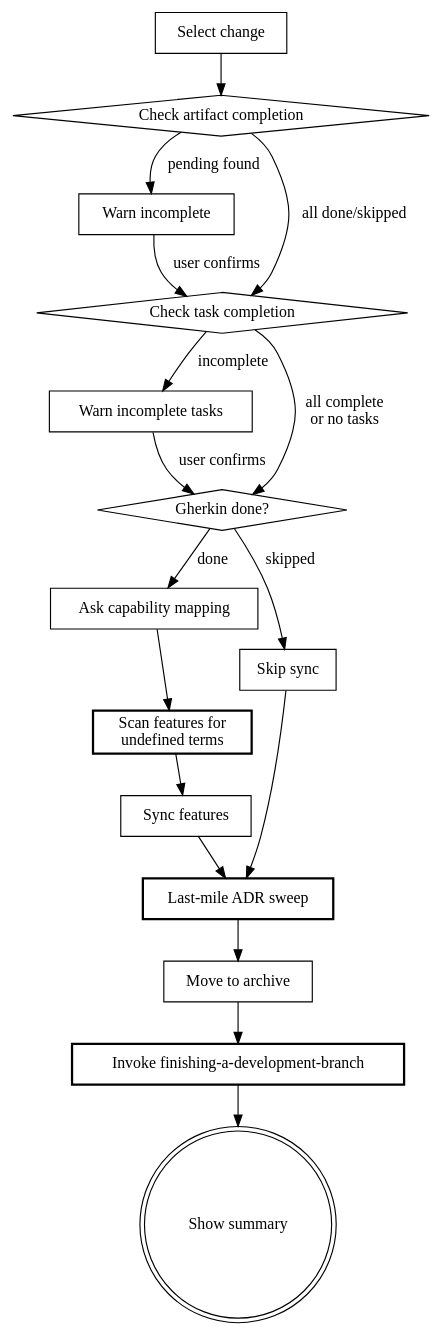
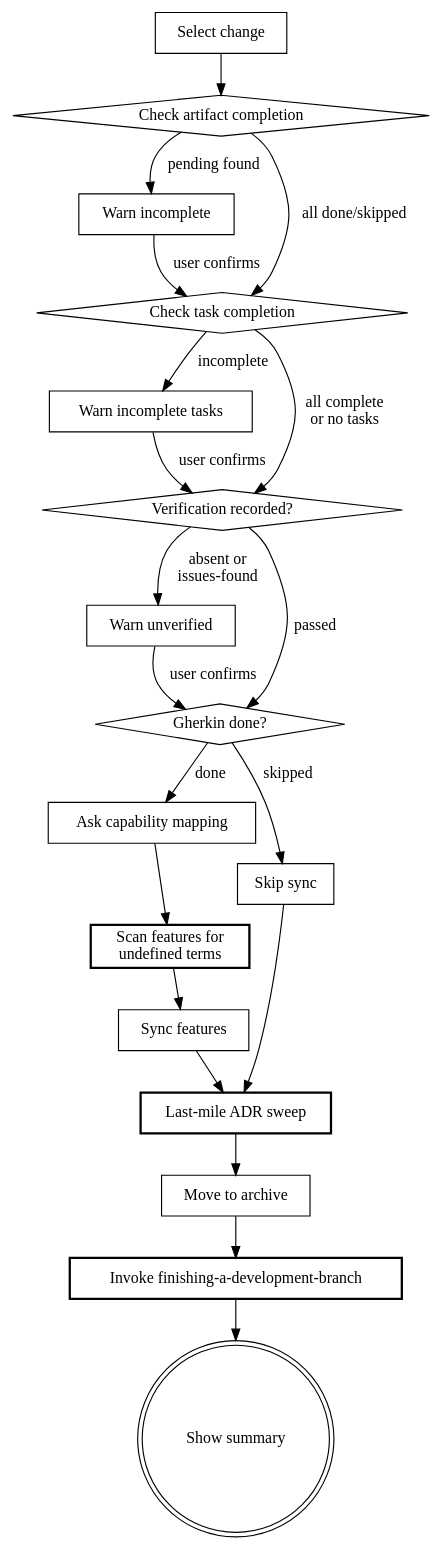
Before and after one commit to kirkchen/beat: the diagram in skills/archive/SKILL.md, drawn with Graphviz. The commit also changed other lines of this file and 32 other files, not shown here.

````diff
--- a/skills/archive/SKILL.md
+++ b/skills/archive/SKILL.md
@@ -50,35 +70,40 @@
 ```dot
 digraph archive {
     "Select change" [shape=box];
     "Check artifact completion" [shape=diamond];
     "Warn incomplete" [shape=box];
     "Check task completion" [shape=diamond];
     "Warn incomplete tasks" [shape=box];
+    "Verification recorded?" [shape=diamond];
+    "Warn unverified" [shape=box];
     "Gherkin done?" [shape=diamond];
     "Ask capability mapping" [shape=box];
     "Scan features for\nundefined terms" [shape=box, style=bold];
     "Sync features" [shape=box];
     "Skip sync" [shape=box];
     "Last-mile ADR sweep" [shape=box, style=bold];
     "Move to archive" [shape=box];
     "Invoke finishing-a-development-branch" [shape=box, style=bold];
     "Show summary" [shape=doublecircle];
 
     "Select change" -> "Check artifact completion";
     "Check artifact completion" -> "Warn incomplete" [label="pending found"];
     "Check artifact completion" -> "Check task completion" [label="all done/skipped"];
     "Warn incomplete" -> "Check task completion" [label="user confirms"];
     "Check task completion" -> "Warn incomplete tasks" [label="incomplete"];
-    "Check task completion" -> "Gherkin done?" [label="all complete\nor no tasks"];
-    "Warn incomplete tasks" -> "Gherkin done?" [label="user confirms"];
+    "Check task completion" -> "Verification recorded?" [label="all complete\nor no tasks"];
+    "Warn incomplete tasks" -> "Verification recorded?" [label="user confirms"];
+    "Verification recorded?" -> "Warn unverified" [label="absent or\nissues-found"];
+    "Verification recorded?" -> "Gherkin done?" [label="passed"];
+    "Warn unverified" -> "Gherkin done?" [label="user confirms"];
     "Gherkin done?" -> "Ask capability mapping" [label="done"];
     "Gherkin done?" -> "Skip sync" [label="skipped"];
     "Ask capability mapping" -> "Scan features for\nundefined terms";
     "Scan features for\nundefined terms" -> "Sync features";
     "Sync features" -> "Last-mile ADR sweep";
     "Skip sync" -> "Last-mile ADR sweep";
     "Last-mile ADR sweep" -> "Move to archive";
     "Move to archive" -> "Invoke finishing-a-development-branch";
     "Invoke finishing-a-development-branch" -> "Show summary";
 }
 ```
````
